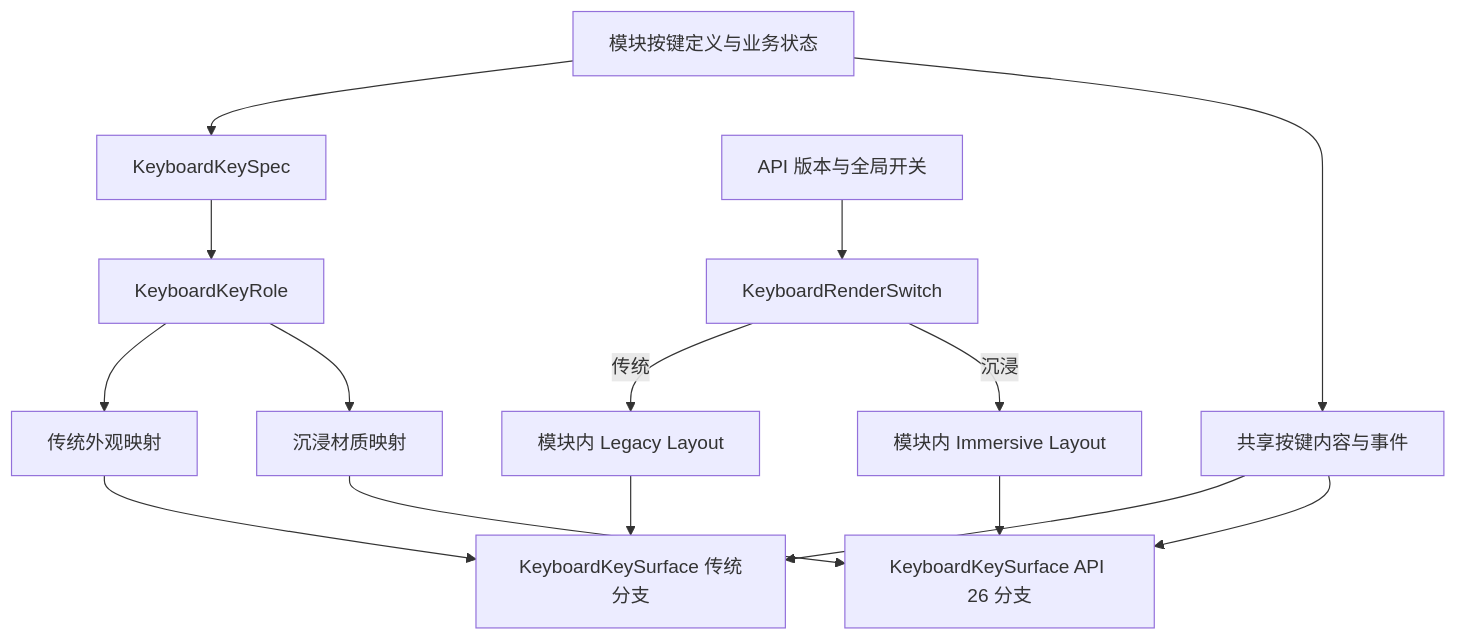
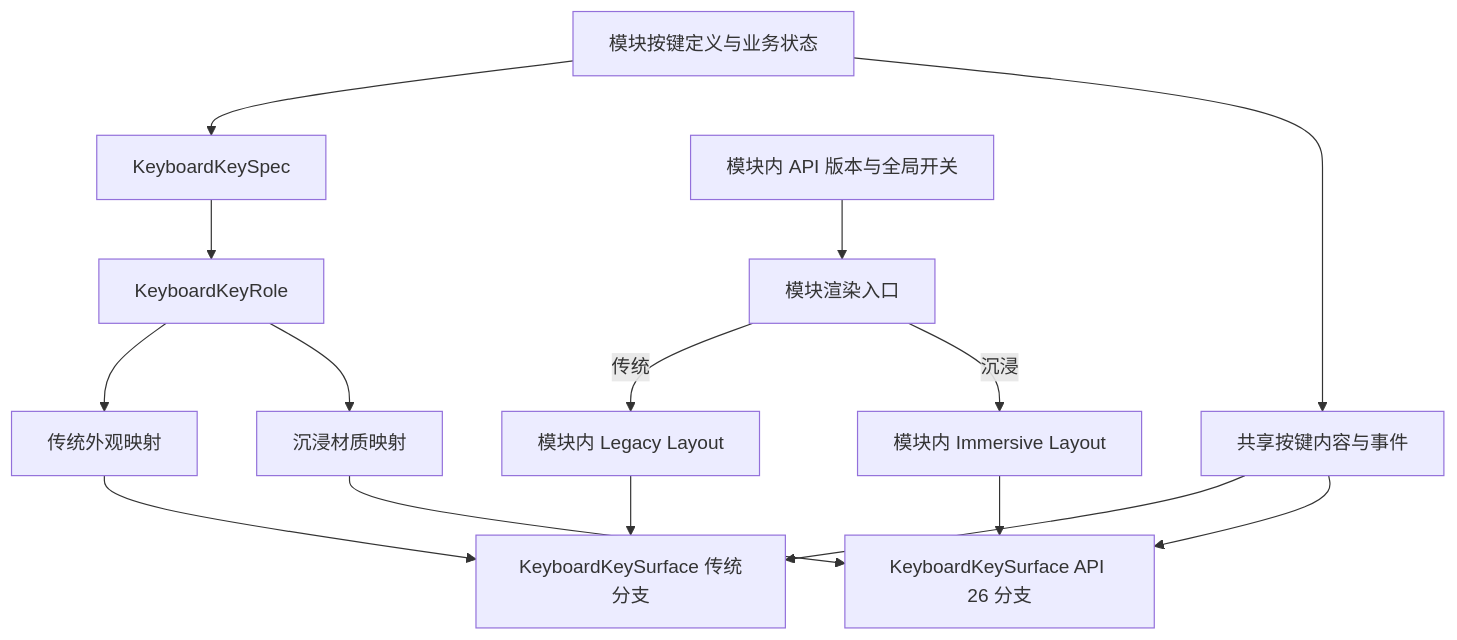
The diagram in docs/plan/immersive-legacy-dual-render-architecture-refactor.md (StartYR/CalculatorX), drawn with Mermaid before and after one commit. The commit also changed other lines of this file and 2 other files, not shown here.

````diff
--- a/docs/plan/immersive-legacy-dual-render-architecture-refactor.md
+++ b/docs/plan/immersive-legacy-dual-render-architecture-refactor.md
@@ -109,19 +108,19 @@
 ```mermaid
 flowchart TD
   A[模块按键定义与业务状态] --> B[KeyboardKeySpec]
   B --> C[KeyboardKeyRole]
   C --> D[传统外观映射]
   C --> E[沉浸材质映射]
   A --> F[共享按键内容与事件]
 
-  G[API 版本与全局开关] --> H[KeyboardRenderSwitch]
+  G[模块内 API 版本与全局开关] --> H[模块渲染入口]
   H -->|传统| I[模块内 Legacy Layout]
   H -->|沉浸| J[模块内 Immersive Layout]
 
   I --> K[KeyboardKeySurface 传统分支]
   J --> L[KeyboardKeySurface API 26 分支]
   D --> K
   E --> L
   F --> K
   F --> L
 ```
````
